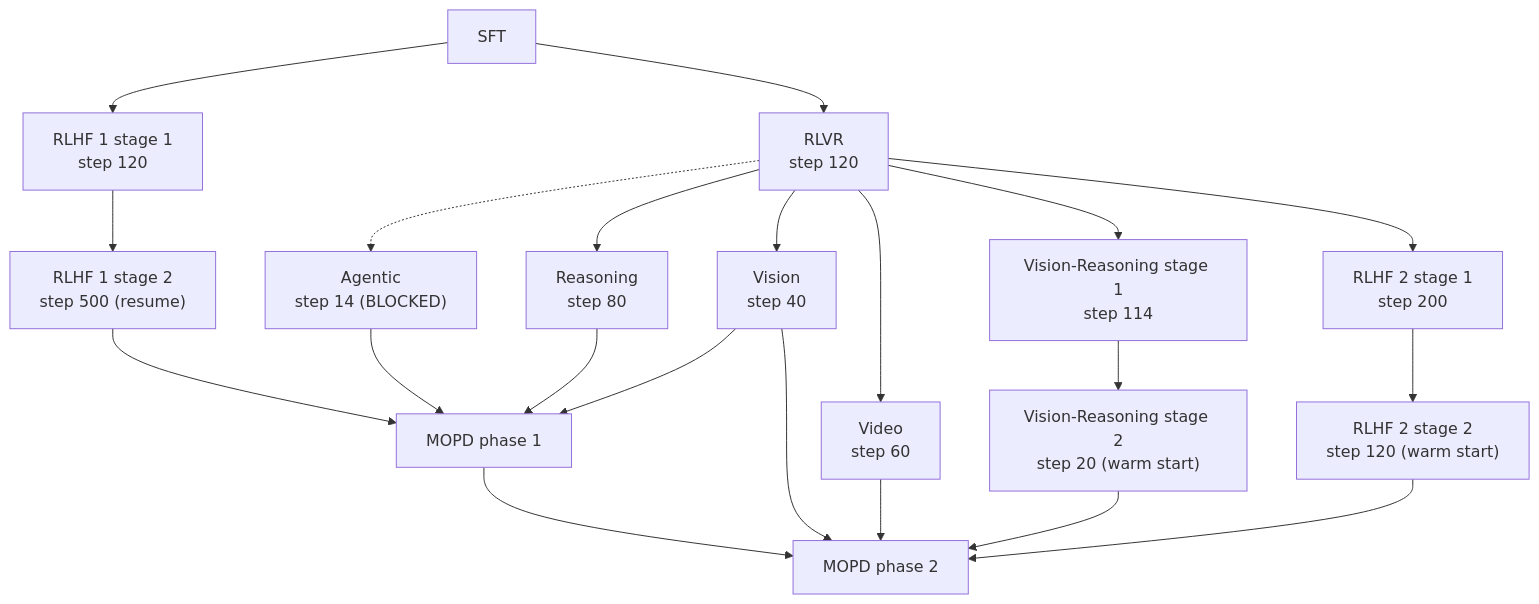
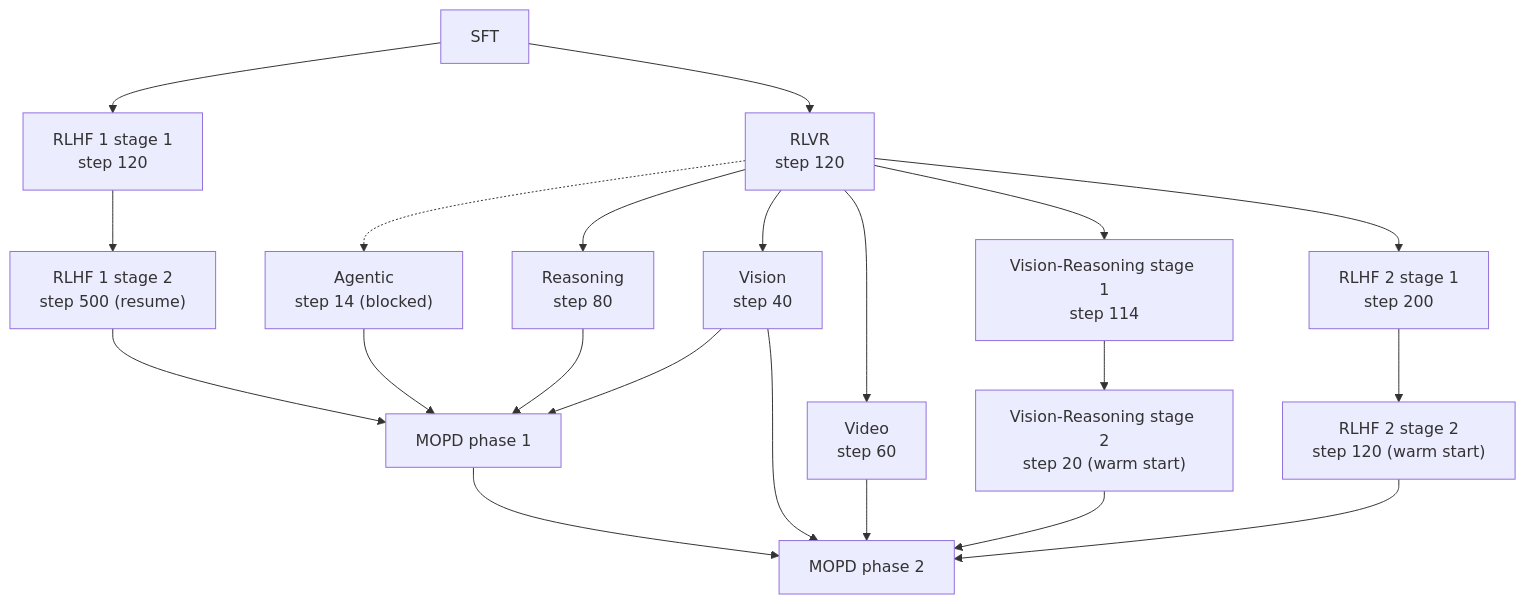
One commit to NVIDIA-NeMo/Nemotron changed the diagram in src/nemotron/recipes/super35/stage2_rl/stage2_teachers/README.md. Above: the diagram before and after it, drawn with Mermaid. The commit also changed other lines of this file and 26 other files, not shown here.

````diff
--- a/src/nemotron/recipes/super35/stage2_rl/stage2_teachers/README.md
+++ b/src/nemotron/recipes/super35/stage2_rl/stage2_teachers/README.md
@@ -9,14 +9,14 @@
 ```mermaid
 flowchart TD
   SFT["SFT"] --> H1A["RLHF 1 stage 1<br/>step 120"] --> H1B["RLHF 1 stage 2<br/>step 500 (resume)"]
   SFT --> RLVR["RLVR<br/>step 120"]
-  RLVR -.-> A["Agentic<br/>step 14 (BLOCKED)"]
+  RLVR -.-> A["Agentic<br/>step 14 (blocked)"]
   RLVR --> R["Reasoning<br/>step 80"]
   RLVR --> V["Vision<br/>step 40"]
   RLVR --> VID["Video<br/>step 60"]
   RLVR --> VR1["Vision-Reasoning stage 1<br/>step 114"] --> VR2["Vision-Reasoning stage 2<br/>step 20 (warm start)"]
   RLVR --> H2A["RLHF 2 stage 1<br/>step 200"] --> H2B["RLHF 2 stage 2<br/>step 120 (warm start)"]
   H1B & A & R & V --> M1["MOPD phase 1"]
   M1 --> M2["MOPD phase 2"]
   V & VID & VR2 & H2B --> M2
 ```
````
